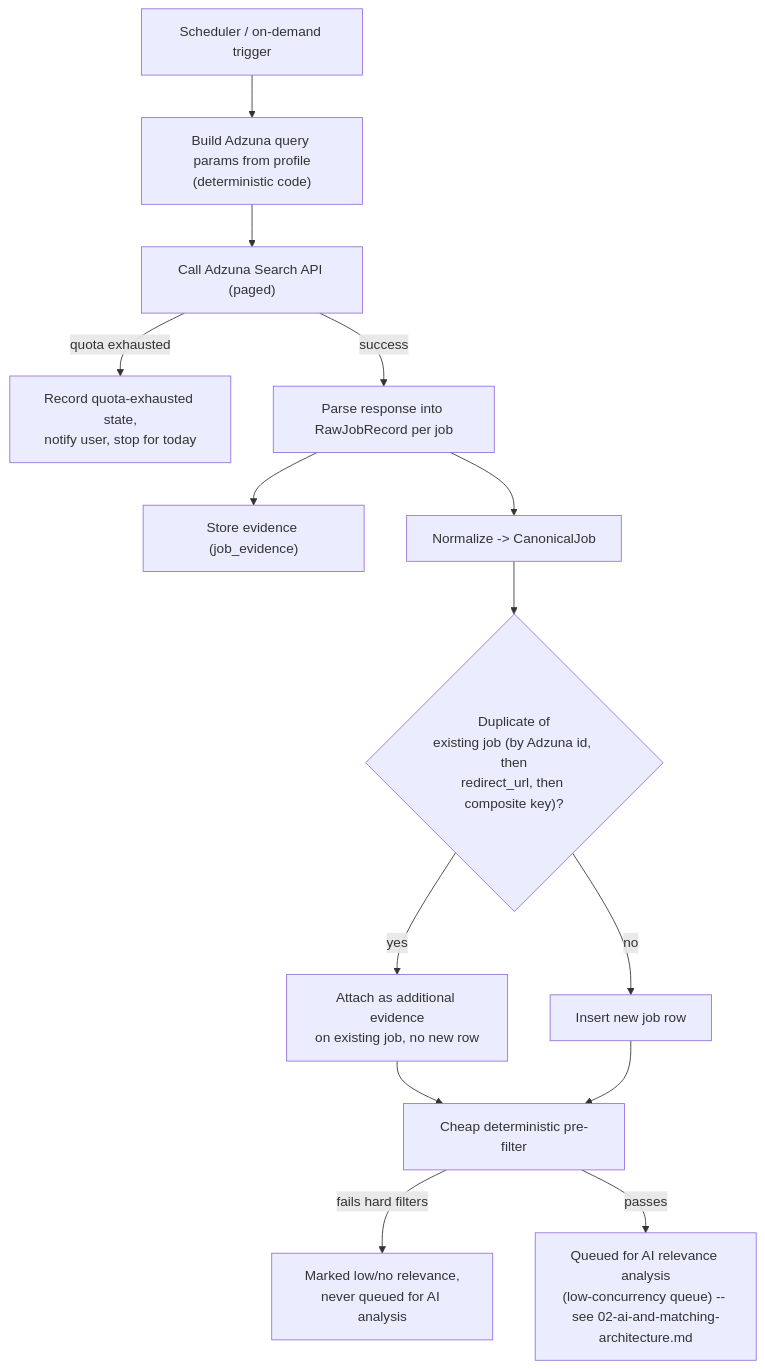
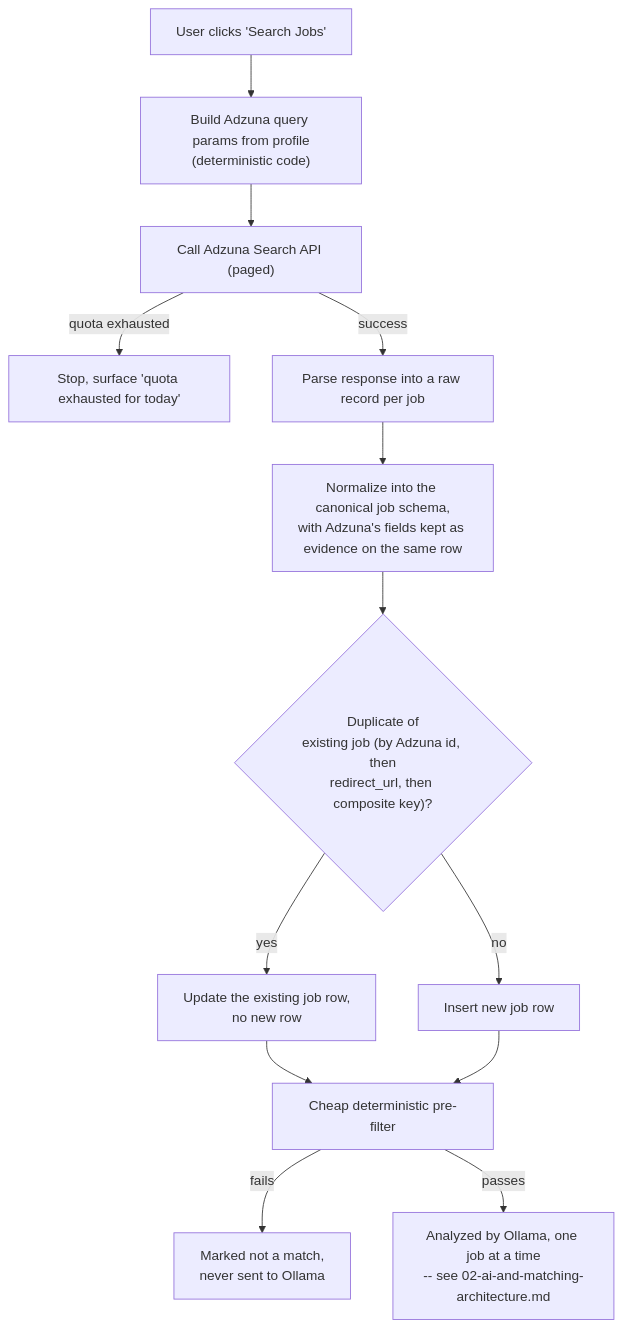
The diagram in docs/03-job-sources.md (wassimrahoui/adhd-job-agent), drawn with Mermaid before and after one commit. The commit also changed other lines of this file and 4 other files, not shown here.

Commit message:
docs: simplify MVP architecture (batch 1/2) - simple AI pipeline, two-stage matching, sequential processing, SQLite, user-triggered search

````diff
--- a/docs/03-job-sources.md
+++ b/docs/03-job-sources.md
@@ -46,16 +46,15 @@
 ```mermaid
 flowchart TD
-    SCHED["Scheduler / on-demand trigger"] --> QUERYBUILD["Build Adzuna query params from profile\n(deterministic code)"]
+    CLICK["User clicks 'Search Jobs'"] --> QUERYBUILD["Build Adzuna query params from profile\n(deterministic code)"]
     QUERYBUILD --> CALL["Call Adzuna Search API (paged)"]
-    CALL -->|quota exhausted| QUOTA["Record quota-exhausted state,\nnotify user, stop for today"]
-    CALL -->|success| PARSE["Parse response into RawJobRecord per job"]
-    PARSE --> EVIDSTORE["Store evidence (job_evidence)"]
-    PARSE --> NORM["Normalize -> CanonicalJob"]
+    CALL -->|quota exhausted| QUOTA["Stop, surface 'quota exhausted for today'"]
+    CALL -->|success| PARSE["Parse response into a raw record per job"]
+    PARSE --> NORM["Normalize into the canonical job schema,\nwith Adzuna's fields kept as evidence on the same row"]
     NORM --> DEDUP{"Duplicate of\nexisting job (by Adzuna id, then\nredirect_url, then composite key)?"}
-    DEDUP -->|yes| MERGE["Attach as additional evidence\non existing job, no new row"]
+    DEDUP -->|yes| MERGE["Update the existing job row,\nno new row"]
     DEDUP -->|no| INSERT["Insert new job row"]
     MERGE --> FILTER["Cheap deterministic pre-filter"]
     INSERT --> FILTER
-    FILTER -->|fails hard filters| NOMATCH["Marked low/no relevance,\nnever queued for AI analysis"]
-    FILTER -->|passes| QUEUEIT["Queued for AI relevance analysis\n(low-concurrency queue) -- see 02-ai-and-matching-architecture.md"]
+    FILTER -->|fails| NOMATCH["Marked not a match,\nnever sent to Ollama"]
+    FILTER -->|passes| ANALYZE["Analyzed by Ollama, one job at a time\n-- see 02-ai-and-matching-architecture.md"]
 ```
````
